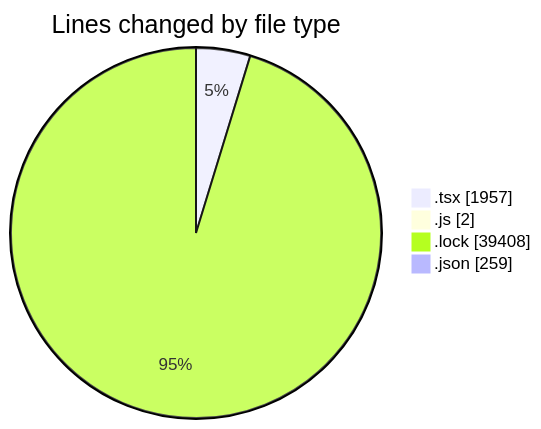
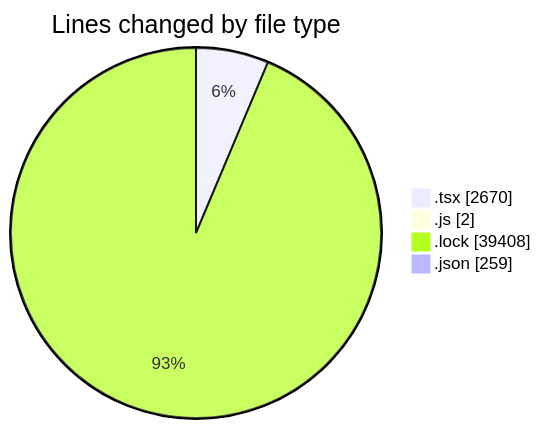
The first of 2 diagrams in 2026-05-15/cda/README.md (momahboobian/code-tracking), drawn with Mermaid before and after one commit. The commit also changed other lines of this file and 1 other file, not shown here.

````diff
--- a/2026-05-15/cda/README.md
+++ b/2026-05-15/cda/README.md
@@ -38,8 +42,8 @@
 ```mermaid
 pie showData
 title Lines changed by file type
-".tsx" : 1957
+".tsx" : 2670
 ".js" : 2
 ".lock" : 39408
 ".json" : 259
 ```
````
